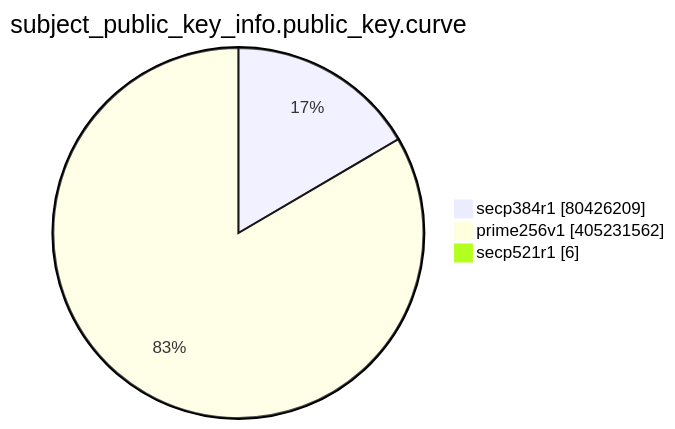
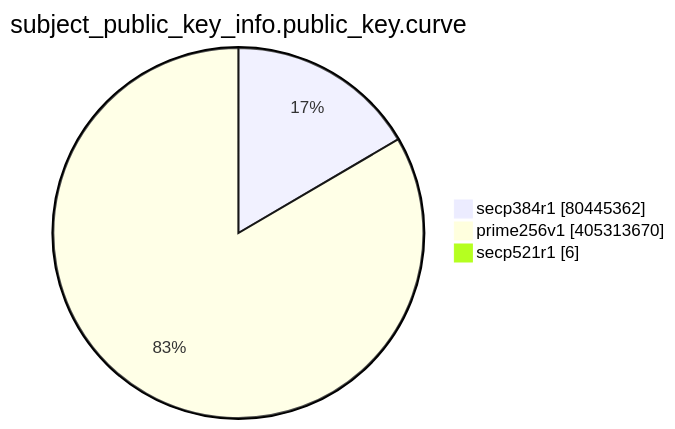
The eighth of 15 diagrams in TOTAL/README.md (christiankrug/ctmonitor_visualization), drawn with Mermaid before and after one commit. The commit also changed other lines of this file, not shown here.

````diff
--- a/TOTAL/README.md
+++ b/TOTAL/README.md
@@ -3095,7 +3095,7 @@
 ```mermaid
 pie showData
 title subject_public_key_info.public_key.curve
-"secp384r1" :80426209
-"prime256v1" :405231562
+"secp384r1" :80445362
+"prime256v1" :405313670
 "secp521r1" :6
 ```
````
